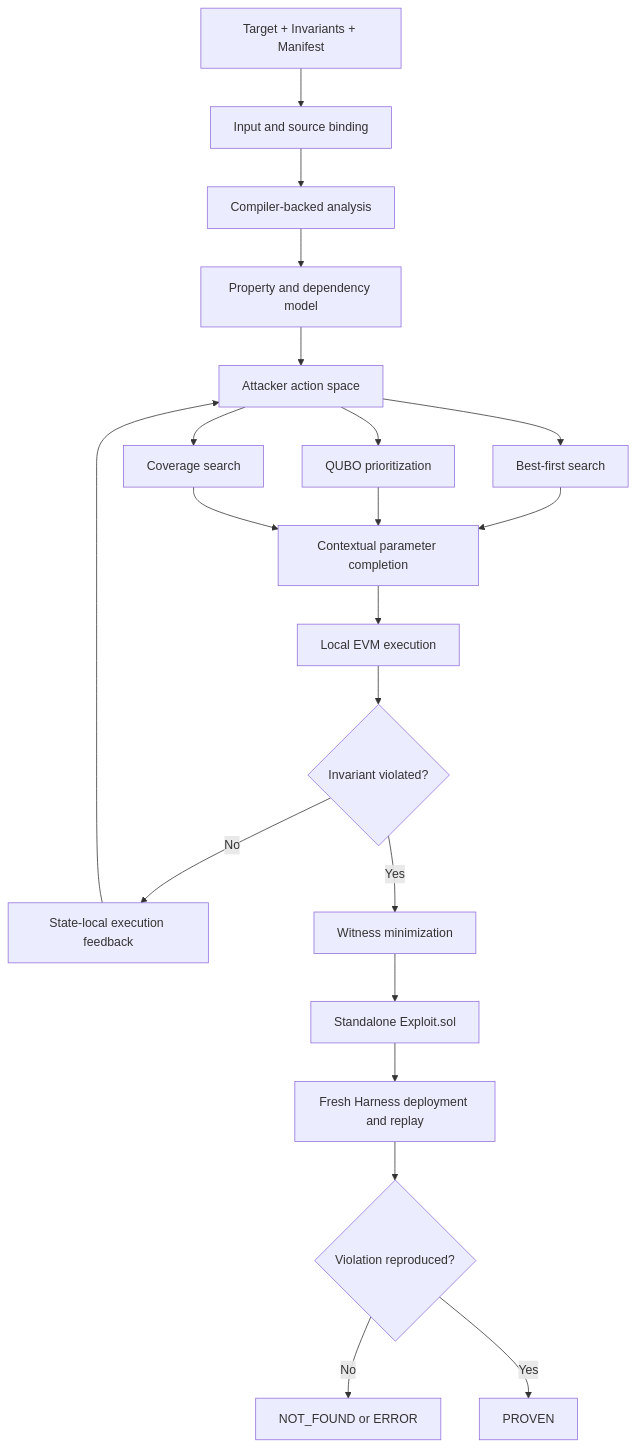
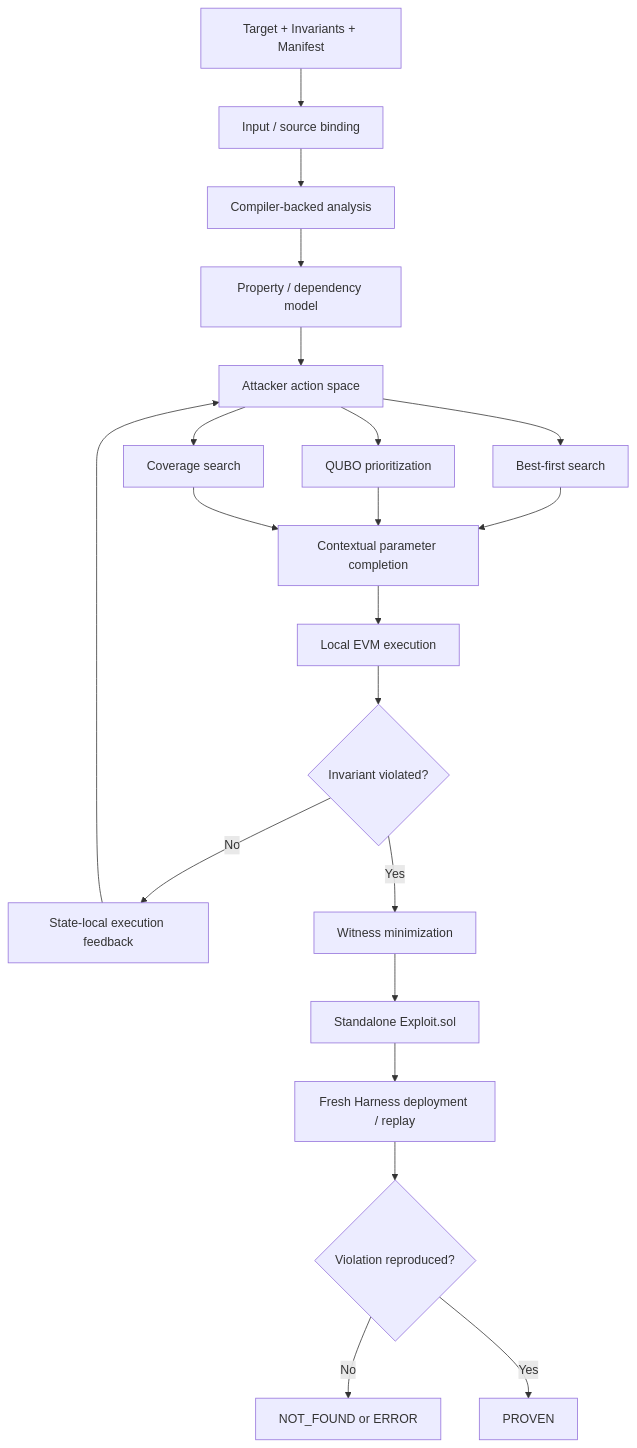
One commit to 5ubm4rin3/qprover changed the diagram in docs/ARCHITECTURE.md. Above: the diagram before and after it, drawn with Mermaid. The commit also changed other lines of this file, not shown here.

````diff
--- a/docs/ARCHITECTURE.md
+++ b/docs/ARCHITECTURE.md
@@ -19,23 +20,23 @@
 ```mermaid
 flowchart TD
-    A[Target + Invariants + Manifest] --> B[Input and source binding]
+    A[Target + Invariants + Manifest] --> B[Input / source binding]
     B --> C[Compiler-backed analysis]
-    C --> D[Property and dependency model]
+    C --> D[Property / dependency model]
     D --> E[Attacker action space]
     E --> F1[Best-first search]
     E --> F2[QUBO prioritization]
     E --> F3[Coverage search]
     F1 --> G[Contextual parameter completion]
     F2 --> G
     F3 --> G
     G --> H[Local EVM execution]
     H --> I{Invariant violated?}
     I -- No --> J[State-local execution feedback]
     J --> E
     I -- Yes --> K[Witness minimization]
     K --> L[Standalone Exploit.sol]
-    L --> M[Fresh Harness deployment and replay]
+    L --> M[Fresh Harness deployment / replay]
     M --> N{Violation reproduced?}
     N -- No --> O[NOT_FOUND or ERROR]
     N -- Yes --> P[PROVEN]
 ```
````
